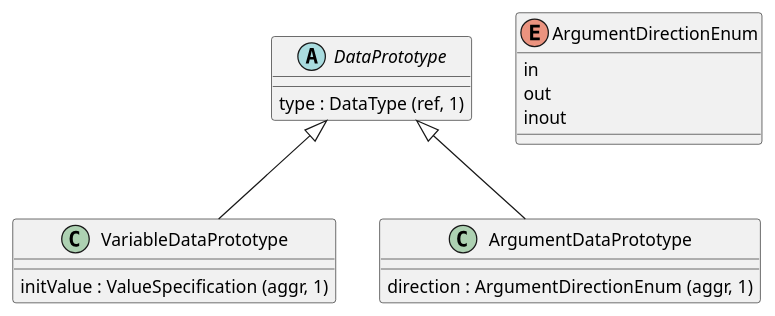
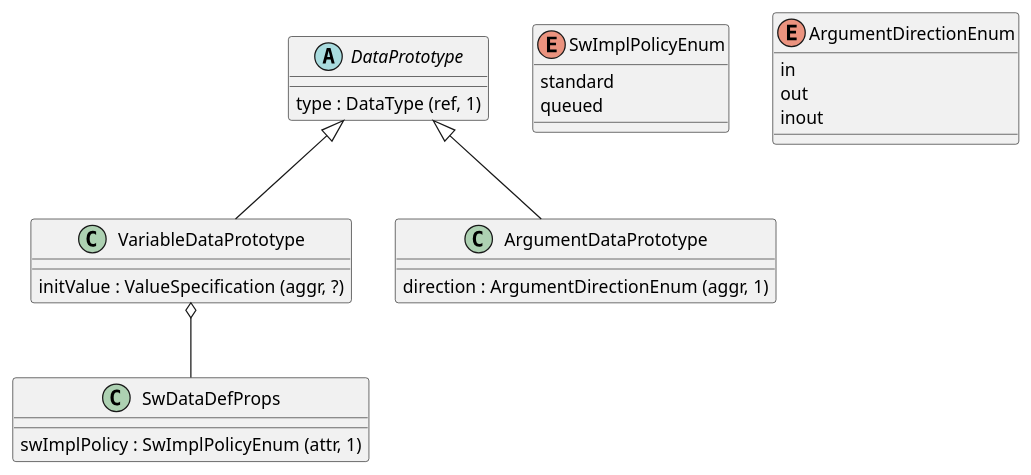
Before and after one commit to hazemanwer2000/knowledge-base: the fifth of 19 diagrams in vault-base/Topics/Technical-Topics/OS/AUTOSAR/General/AUTOSAR-SW-Components.md, drawn with PlantUML. The commit also changed other lines of this file, not shown here.

Commit message:
AUTOSAR-SWC!

````diff
--- a/vault-base/Topics/Technical-Topics/OS/AUTOSAR/General/AUTOSAR-SW-Components.md
+++ b/vault-base/Topics/Technical-Topics/OS/AUTOSAR/General/AUTOSAR-SW-Components.md
@@ -108,18 +115,27 @@
 ```plantuml
 abstract DataPrototype {
 	type : DataType (ref, 1)
 }
 class VariableDataPrototype {
-	initValue : ValueSpecification (aggr, 1)
+	initValue : ValueSpecification (aggr, ?)
 }
 class ArgumentDataPrototype {
 	direction : ArgumentDirectionEnum (aggr, 1)
+}
+class SwDataDefProps {
+	swImplPolicy : SwImplPolicyEnum (attr, 1)
+	
+}
+enum SwImplPolicyEnum {
+	standard
+	queued
 }
 enum ArgumentDirectionEnum {
 	in
 	out
 	inout
 }
 DataPrototype <|-- VariableDataPrototype
 DataPrototype <|-- ArgumentDataPrototype
+VariableDataPrototype o-- SwDataDefProps
 ```
````
